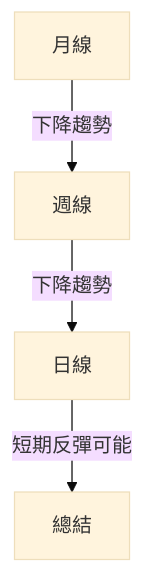
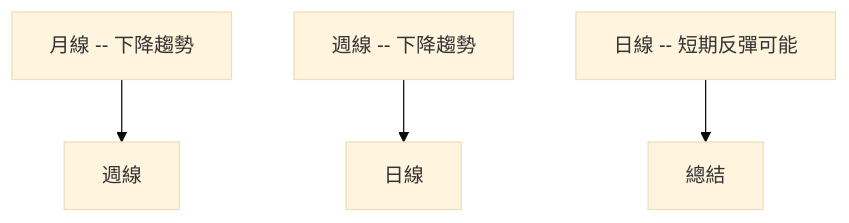
One commit to yennanliu/finance_data changed the second of 10 diagrams in ai_gen_report/stock/avav/technical_analysis_2026-05-12_openai.md. Above: the diagram before and after it, drawn with Mermaid (base theme). The commit also changed other lines of this file and 2258 other files, not shown here.

First line of the commit message:
chore: backfill Mermaid syntax repair across existing reports

````diff
--- a/ai_gen_report/stock/avav/technical_analysis_2026-05-12_openai.md
+++ b/ai_gen_report/stock/avav/technical_analysis_2026-05-12_openai.md
@@ -101,6 +101,6 @@
 ```mermaid
 graph TD
-    月線 -- "下降趨勢" --> 週線
-    週線 -- "下降趨勢" --> 日線
-    日線 -- "短期反彈可能" --> 總結
+    nb1["月線 -- "下降趨勢""] --> 週線
+    nb2["週線 -- "下降趨勢""] --> 日線
+    nb3["日線 -- "短期反彈可能""] --> 總結
 ```
````
